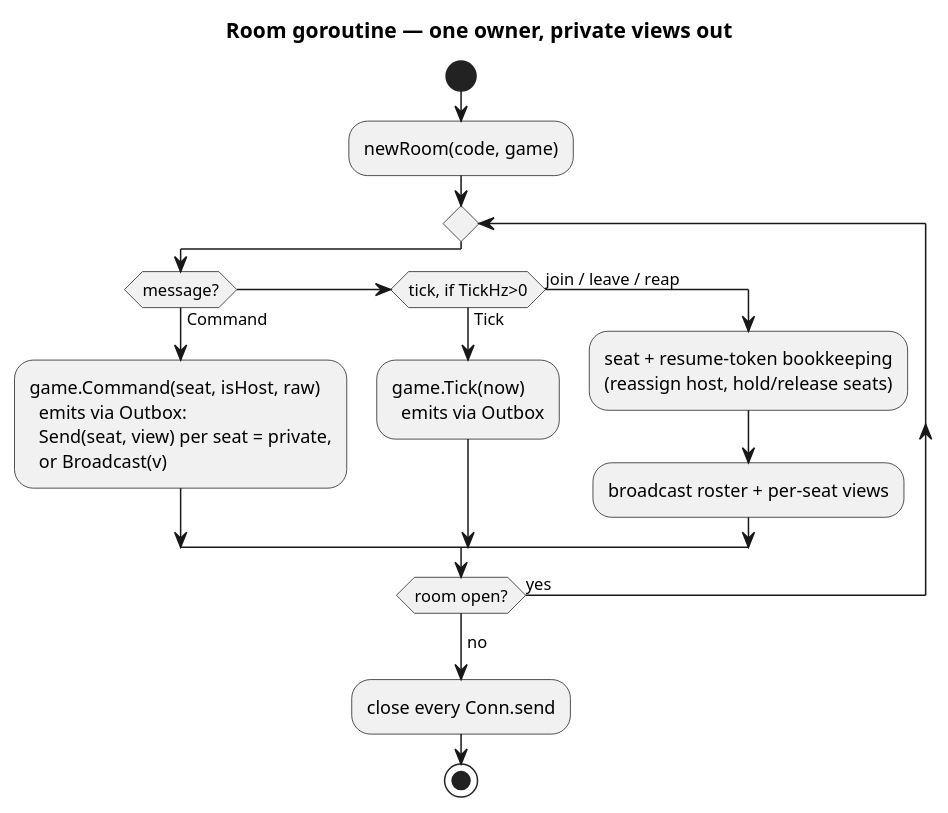
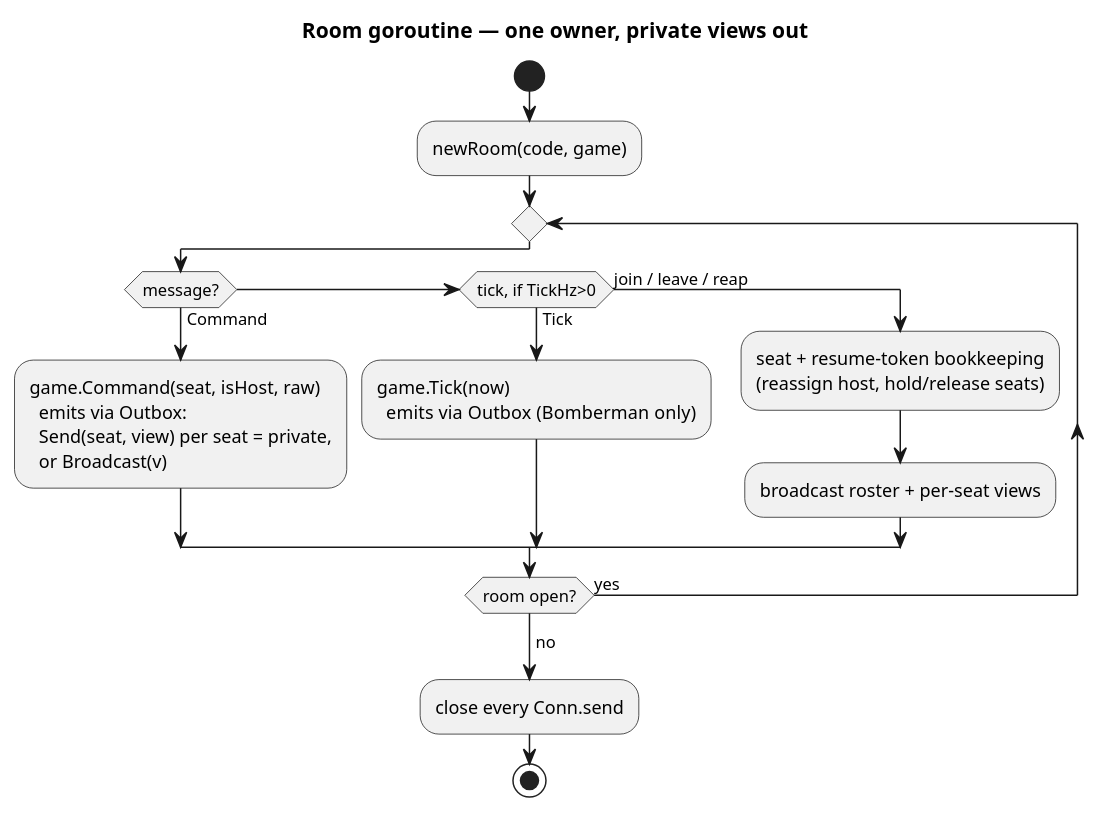
One commit to Niklasvdm/TotemAppIT changed the second of 5 diagrams in docs/games-architecture.md. Above: the diagram before and after it, drawn with PlantUML. The commit also changed other lines of this file and 28 other files, not shown here.

````diff
--- a/docs/games-architecture.md
+++ b/docs/games-architecture.md
@@ -163,21 +232,21 @@
 ```plantuml
 @startuml room-loop
 title Room goroutine — one owner, private views out
 skinparam shadowing false
 start
 :newRoom(code, game);
 repeat
   if (message?) then (Command)
     :game.Command(seat, isHost, raw)\n  emits via Outbox:\n  Send(seat, view) per seat = private,\n  or Broadcast(v);
   elseif (tick, if TickHz>0) then (Tick)
-    :game.Tick(now)\n  emits via Outbox;
+    :game.Tick(now)\n  emits via Outbox  (Bomberman only);
   else (join / leave / reap)
     :seat + resume-token bookkeeping\n(reassign host, hold/release seats);
     :broadcast roster + per-seat views;
   endif
 repeat while (room open?) is (yes)
 ->no;
 :close every Conn.send;
 stop
 @enduml
 ```
````
